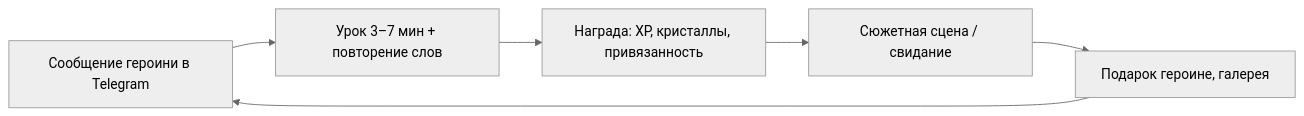
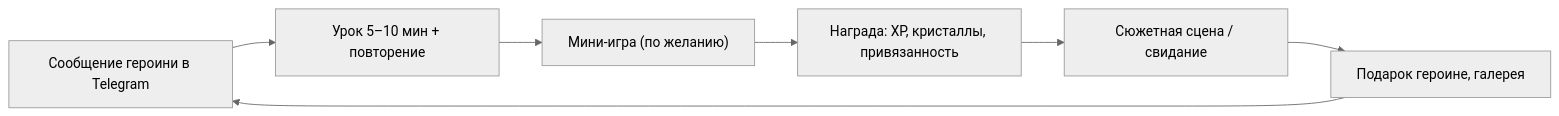
Before and after one commit to nook2b/english-learning: the diagram in docs/03-plan.md, drawn with Mermaid (neutral theme). The commit also changed other lines of this file and 7 other files, not shown here.

````diff
--- a/docs/03-plan.md
+++ b/docs/03-plan.md
@@ -29,8 +31,9 @@
 ```mermaid
 flowchart LR
-  Q["Сообщение героини в Telegram"] --> L["Урок 3–7 мин + повторение слов"]
-  L --> R["Награда: XP, кристаллы, привязанность"]
+  Q["Сообщение героини в Telegram"] --> L["Урок 5–10 мин + повторение"]
+  L --> M["Мини-игра (по желанию)"]
+  M --> R["Награда: XP, кристаллы, привязанность"]
   R --> S["Сюжетная сцена / свидание"]
   S --> G["Подарок героине, галерея"]
   G --> Q
 ```
````
